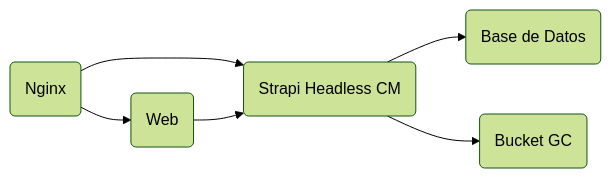
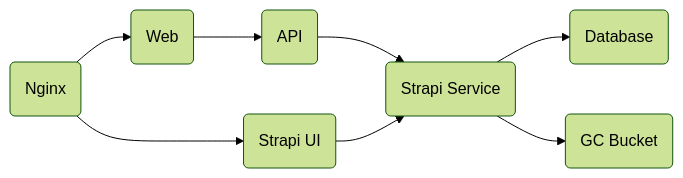
One commit to Adotel15/piano-duo-project changed the diagram in .github/copilot-instructions.md. Above: the diagram before and after it, drawn with Mermaid (forest theme). The commit also changed other lines of this file and 1 other file, not shown here.

````diff
--- a/.github/copilot-instructions.md
+++ b/.github/copilot-instructions.md
@@ -34,8 +34,10 @@
 ```mermaid
 graph LR
-E(Nginx) --> B
+E(Nginx) --> G
 E --> D
-B(Strapi Headless CM) --> A(Base de Datos)
-B --> C(Bucket GC)
-D(Web) --> B 
+B(Strapi Service) --> A(Database)
+B --> C(GC Bucket)
+D(Web) --> F
+F(API) --> B
+G(Strapi UI) --> B
 ```
````
